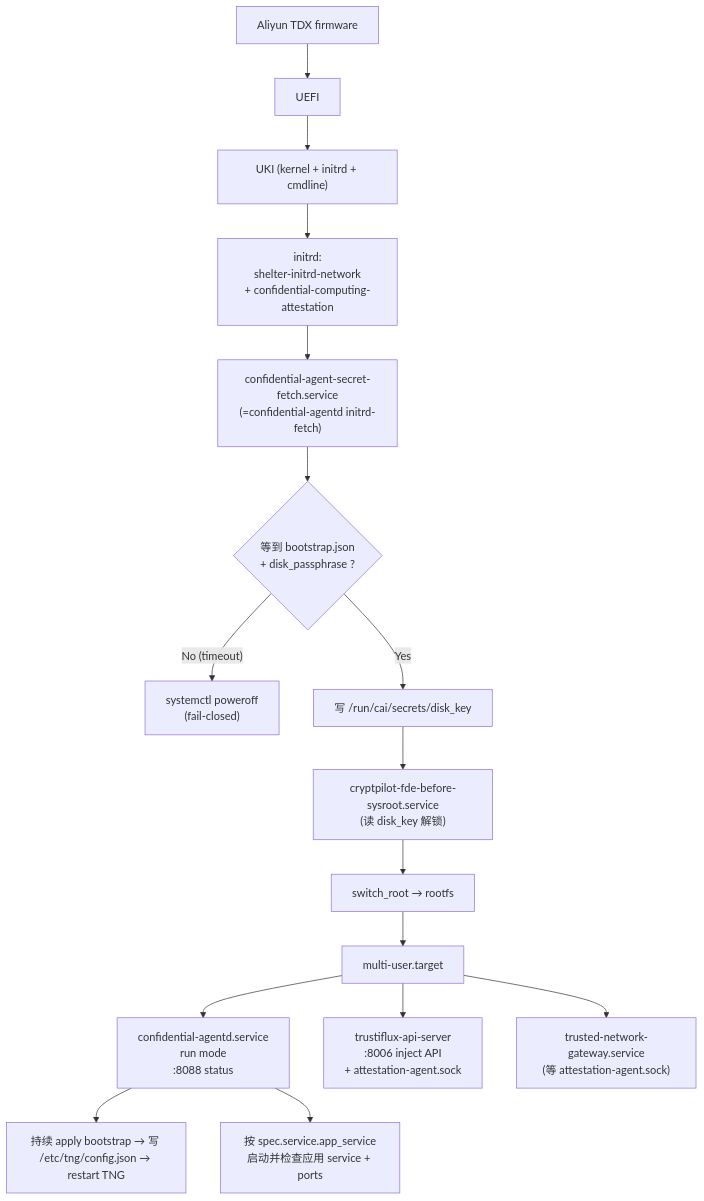
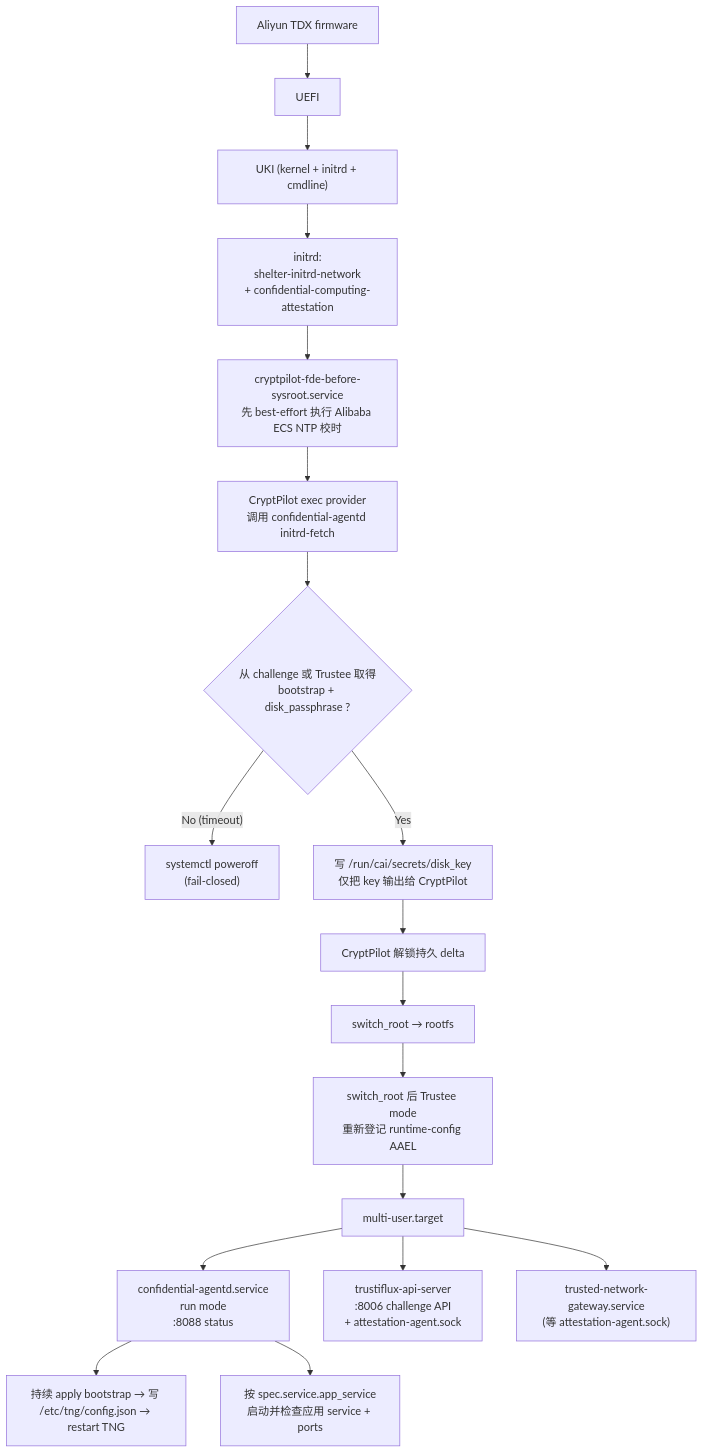
One commit to wdsun1008/confidential-agent changed the fifth of 7 diagrams in docs/architecture.md. Above: the diagram before and after it, drawn with Mermaid. The commit also changed other lines of this file and 3 other files, not shown here.

````diff
--- a/docs/architecture.md
+++ b/docs/architecture.md
@@ -151,19 +154,21 @@
 ```mermaid
 flowchart TB
     A["Aliyun TDX firmware"] --> B["UEFI"]
     B --> C["UKI (kernel + initrd + cmdline)"]
     C --> D["initrd:<br/>shelter-initrd-network<br/>+ confidential-computing-attestation"]
-    D --> E["confidential-agent-secret-fetch.service<br/>(=confidential-agentd initrd-fetch)"]
-    E --> F{"等到 bootstrap.json<br/>+ disk_passphrase ?"}
-    F -- No (timeout) --> X["systemctl poweroff<br/>(fail-closed)"]
-    F -- Yes --> G["写 /run/cai/secrets/disk_key"]
-    G --> H["cryptpilot-fde-before-sysroot.service<br/>(读 disk_key 解锁)"]
+    D --> E["cryptpilot-fde-before-sysroot.service<br/>先 best-effort 执行 Alibaba ECS NTP 校时"]
+    E --> F["CryptPilot exec provider<br/>调用 confidential-agentd initrd-fetch"]
+    F --> Q{"从 challenge 或 Trustee 取得<br/>bootstrap + disk_passphrase ?"}
+    Q -- No (timeout) --> X["systemctl poweroff<br/>(fail-closed)"]
+    Q -- Yes --> G["写 /run/cai/secrets/disk_key<br/>仅把 key 输出给 CryptPilot"]
+    G --> H["CryptPilot 解锁持久 delta"]
     H --> I["switch_root → rootfs"]
-    I --> J["multi-user.target"]
+    I --> J["switch_root 后 Trustee mode<br/>重新登记 runtime-config AAEL"]
+    J --> J0["multi-user.target"]
 
-    J --> K1["confidential-agentd.service<br/>run mode<br/>:8088 status"]
-    J --> K2["trustiflux-api-server<br/>:8006 inject API<br/>+ attestation-agent.sock"]
-    J --> K3["trusted-network-gateway.service<br/>(等 attestation-agent.sock)"]
+    J0 --> K1["confidential-agentd.service<br/>run mode<br/>:8088 status"]
+    J0 --> K2["trustiflux-api-server<br/>:8006 challenge API<br/>+ attestation-agent.sock"]
+    J0 --> K3["trusted-network-gateway.service<br/>(等 attestation-agent.sock)"]
     K1 --> M["持续 apply bootstrap → 写 /etc/tng/config.json → restart TNG"]
     K1 --> N["按 spec.service.app_service<br/>启动并检查应用 service + ports"]
 ```
````
